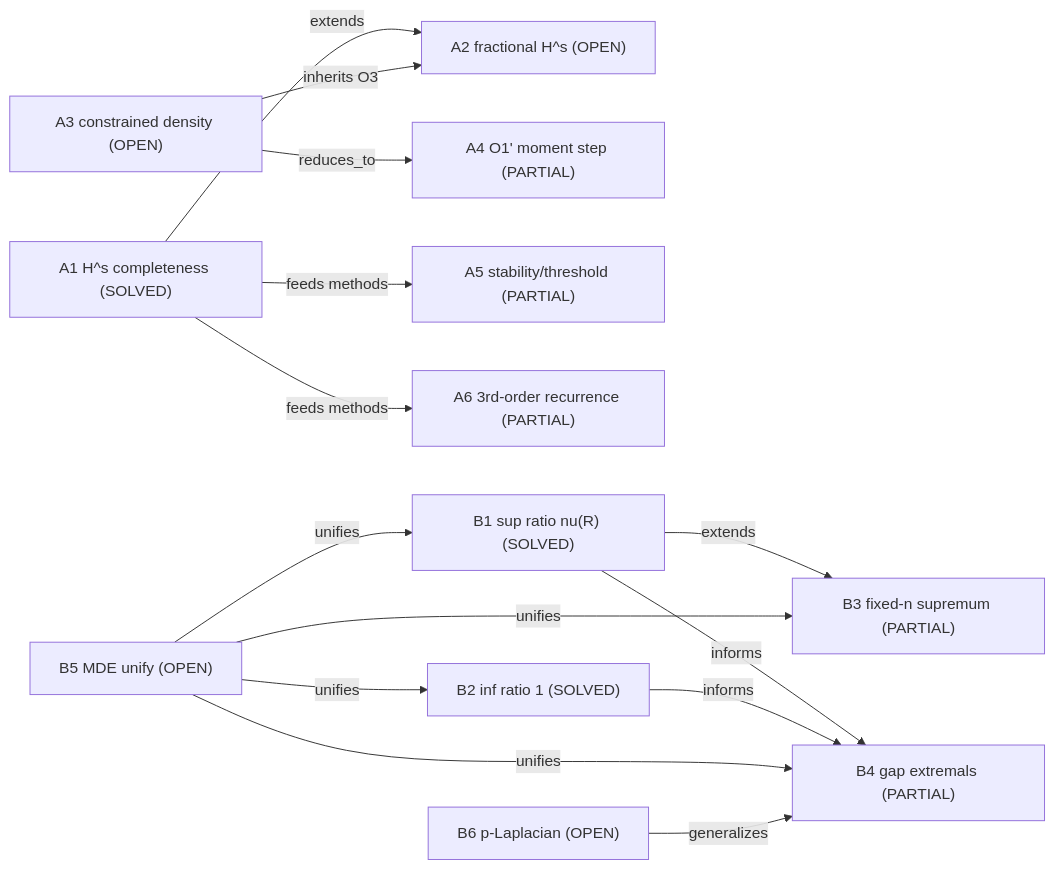
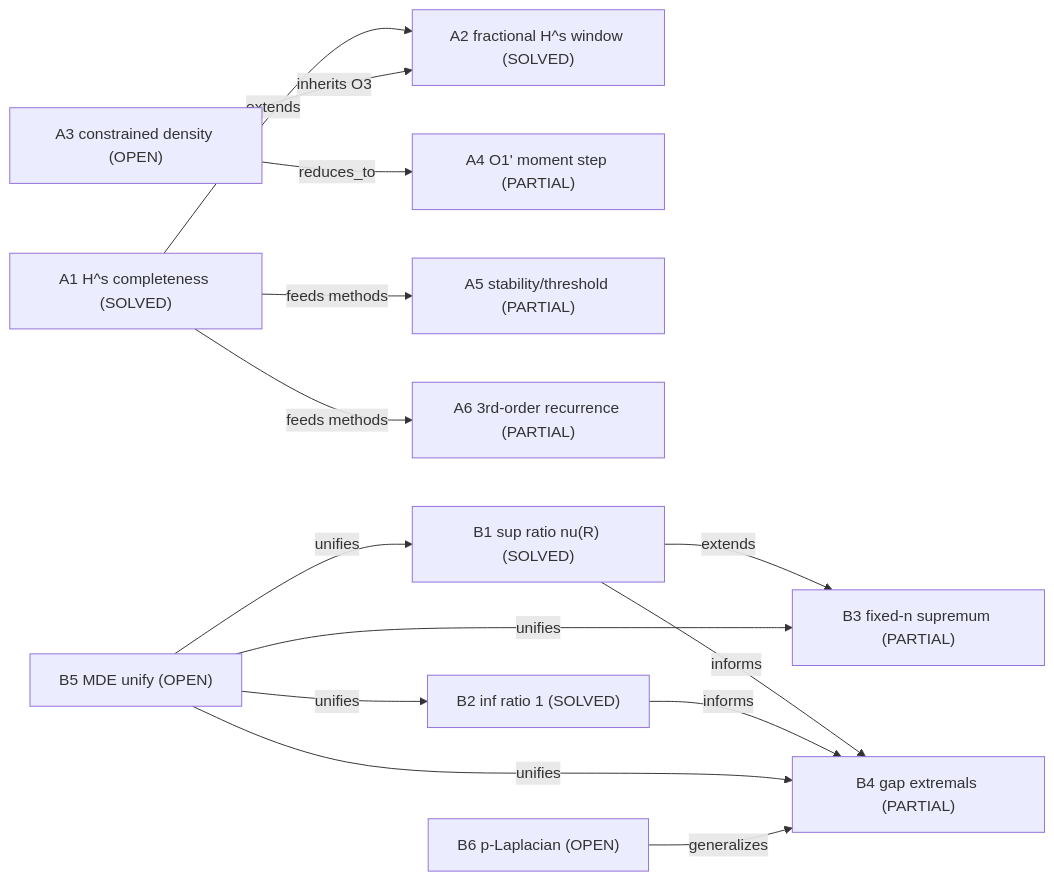
The diagram in research_map.md (Zhongshan-Big-Jun/Sturm-Liouville-theory-research), drawn with Mermaid before and after one commit. The commit also changed other lines of this file and 801 other files, not shown here.

````diff
--- a/research_map.md
+++ b/research_map.md
@@ -86,29 +86,29 @@
 ```mermaid
 flowchart LR
   A1["A1 H^s completeness (SOLVED)"]
-  A2["A2 fractional H^s (OPEN)"]
+  A2["A2 fractional H^s window (SOLVED)"]
   A3["A3 constrained density (OPEN)"]
   A4["A4 O1' moment step (PARTIAL)"]
   A5["A5 stability/threshold (PARTIAL)"]
   A6["A6 3rd-order recurrence (PARTIAL)"]
   B1["B1 sup ratio nu(R) (SOLVED)"]
   B2["B2 inf ratio 1 (SOLVED)"]
   B3["B3 fixed-n supremum (PARTIAL)"]
   B4["B4 gap extremals (PARTIAL)"]
   B5["B5 MDE unify (OPEN)"]
   B6["B6 p-Laplacian (OPEN)"]
 
   A1 -->|extends| A2
   A1 -->|feeds methods| A5
   A1 -->|feeds methods| A6
   A3 -->|reduces_to| A4
   A3 -->|inherits O3| A2
   B1 -->|extends| B3
   B1 -->|informs| B4
   B2 -->|informs| B4
   B5 -->|unifies| B1
   B5 -->|unifies| B2
   B5 -->|unifies| B3
   B5 -->|unifies| B4
   B6 -->|generalizes| B4
 ```
````
